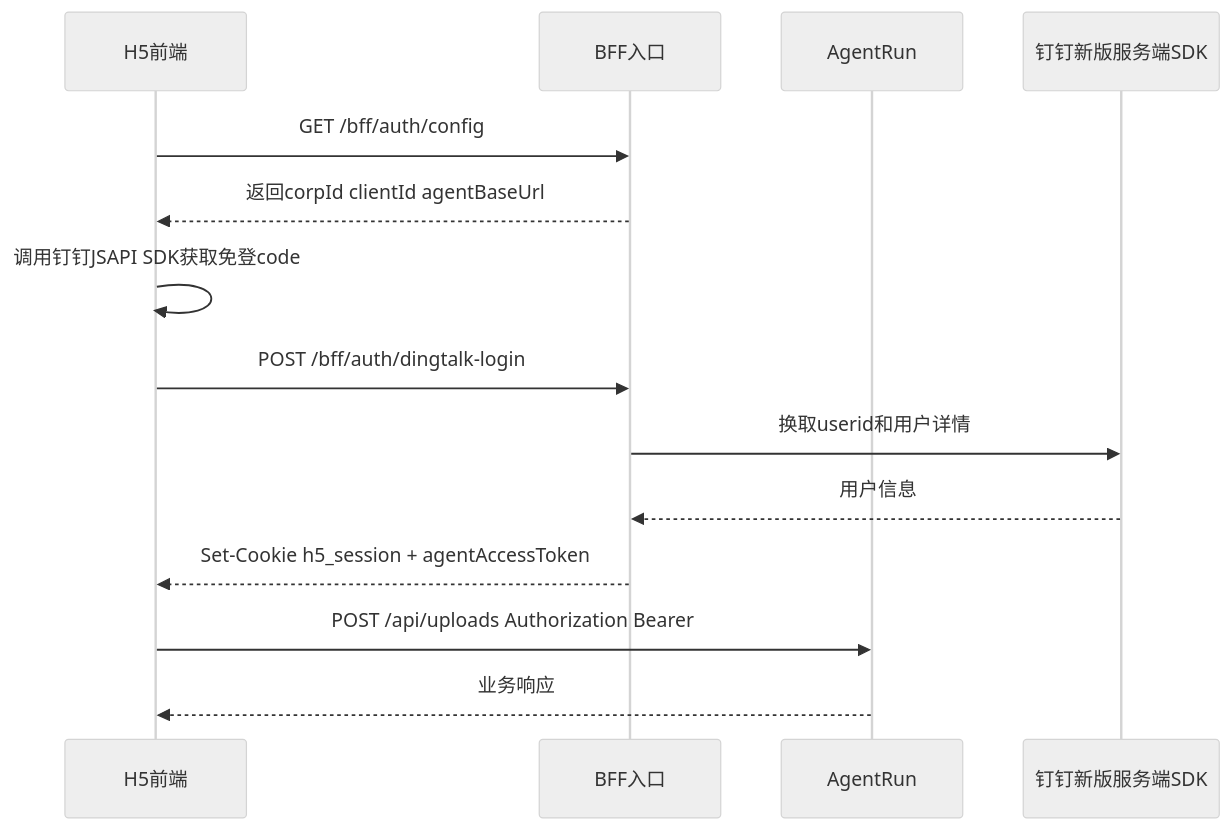
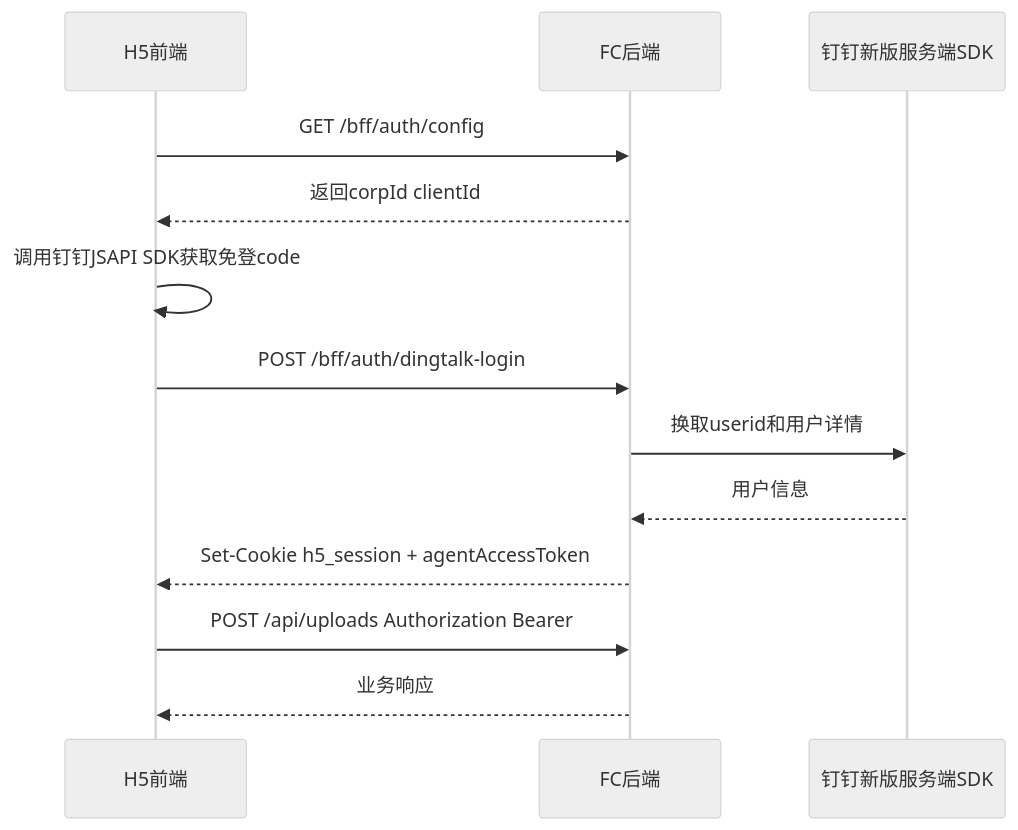
One commit to yuqingyang3019-cyber/hetong changed the fifth of 5 diagrams in SPEC/ARCHITECTURE.md. Above: the diagram before and after it, drawn with Mermaid (neutral theme). The commit also changed other lines of this file and 16 other files, not shown here.

````diff
--- a/SPEC/ARCHITECTURE.md
+++ b/SPEC/ARCHITECTURE.md
@@ -262,17 +260,16 @@
 ```mermaid
 sequenceDiagram
   participant Fe as H5前端
-  participant Bff as BFF入口
-  participant Agent as AgentRun
+  participant Fc as FC后端
   participant Dt as 钉钉新版服务端SDK
 
-  Fe->>Bff: GET /bff/auth/config
-  Bff-->>Fe: 返回corpId clientId agentBaseUrl
+  Fe->>Fc: GET /bff/auth/config
+  Fc-->>Fe: 返回corpId clientId
   Fe->>Fe: 调用钉钉JSAPI SDK获取免登code
-  Fe->>Bff: POST /bff/auth/dingtalk-login
-  Bff->>Dt: 换取userid和用户详情
-  Dt-->>Bff: 用户信息
-  Bff-->>Fe: Set-Cookie h5_session + agentAccessToken
-  Fe->>Agent: POST /api/uploads Authorization Bearer
-  Agent-->>Fe: 业务响应
+  Fe->>Fc: POST /bff/auth/dingtalk-login
+  Fc->>Dt: 换取userid和用户详情
+  Dt-->>Fc: 用户信息
+  Fc-->>Fe: Set-Cookie h5_session + agentAccessToken
+  Fe->>Fc: POST /api/uploads Authorization Bearer
+  Fc-->>Fe: 业务响应
 ```
````
